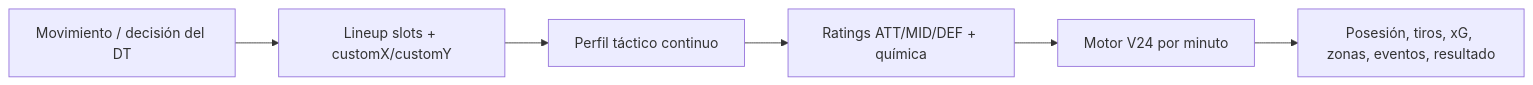
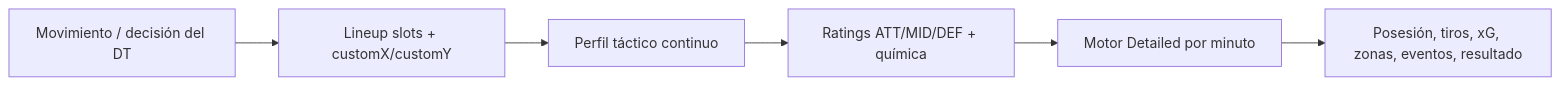
Before and after one commit to IvanMCabral/Football-angular: the diagram in docs/MATCH_ENGINE_INFLUENCE_CONTRACT.md, drawn with Mermaid. The commit also changed other lines of this file and 13 other files, not shown here.

````diff
--- a/docs/MATCH_ENGINE_INFLUENCE_CONTRACT.md
+++ b/docs/MATCH_ENGINE_INFLUENCE_CONTRACT.md
@@ -11,8 +11,8 @@
 ```mermaid
 flowchart LR
   A["Movimiento / decisión del DT"] --> B["Lineup slots + customX/customY"]
   B --> C["Perfil táctico continuo"]
   C --> D["Ratings ATT/MID/DEF + química"]
-  D --> E["Motor V24 por minuto"]
+  D --> E["Motor Detailed por minuto"]
   E --> F["Posesión, tiros, xG, zonas, eventos, resultado"]
 ```
````
